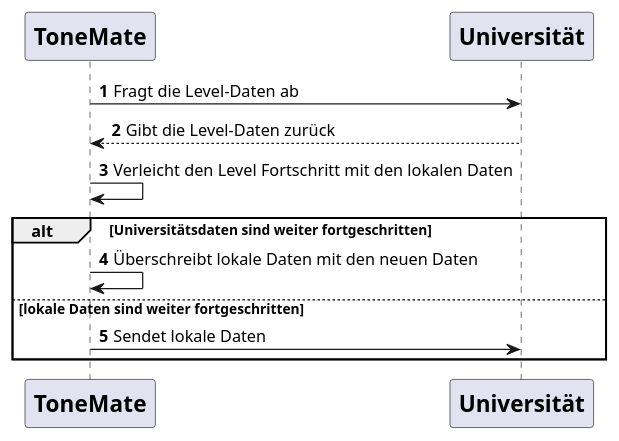
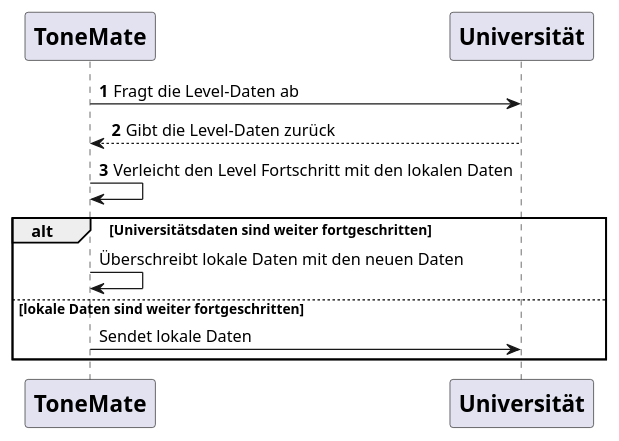
One commit to BB223/sw-architecture changed the second of 3 diagrams in src/06_runtime_view.adoc. Above: the diagram before and after it, drawn with PlantUML. The commit also changed other lines of this file, not shown here.

Commit message:
fix: stop autonumber on alternatives

```diff
--- a/src/06_runtime_view.adoc
+++ b/src/06_runtime_view.adoc
@@ -53,29 +53,30 @@
 [plantuml]
 ....
 @startuml
 autonumber
 participant ToneMate [
     =ToneMate
 ]
 
 participant Uni [
     =Universität
 ]
 
 ToneMate -> Uni: Fragt die Level-Daten ab
 ToneMate <-- Uni: Gibt die Level-Daten zurück
 
 ToneMate -> ToneMate: Verleicht den Level Fortschritt mit den lokalen Daten
 
+autonumber stop
 alt Universitätsdaten sind weiter fortgeschritten
 
     ToneMate -> ToneMate: Überschreibt lokale Daten mit den neuen Daten
 
 else lokale Daten sind weiter fortgeschritten
 
     ToneMate -> Uni: Sendet lokale Daten
 
 end
 
 @enduml
 ....
```
